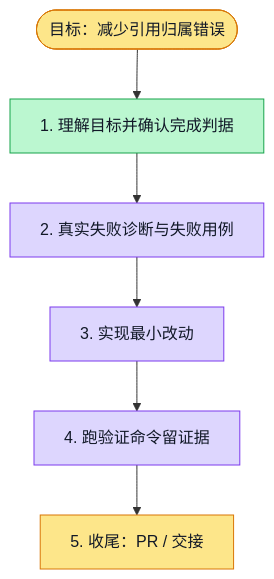
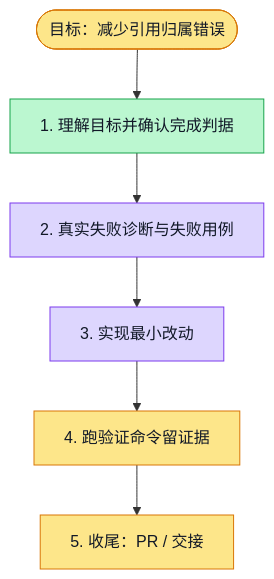
The diagram in docs/verification/research-5133/execution-plan.md (boardx/workspacex), drawn with Mermaid before and after one commit. The commit also changed 7 other files, not shown here.

Commit message:
fix(research): use existing structured JSON codec for quote references

````diff
--- a/docs/verification/research-5133/execution-plan.md
+++ b/docs/verification/research-5133/execution-plan.md
@@ -17,27 +17,26 @@
 ```mermaid
 flowchart TD
   G([目标：减少引用归属错误])
   S1[1. 理解目标并确认完成判据]
   S2[2. 真实失败诊断与失败用例]
   S3[3. 实现最小改动]
   S4[4. 跑验证命令留证据]
   S5[5. 收尾：PR / 交接]
 
   G --> S1 --> S2 --> S3 --> S4 --> S5
 
   classDef todo fill:#e5e7eb,stroke:#6b7280,color:#111827
   classDef doing fill:#fde68a,stroke:#d97706,color:#111827
   classDef done fill:#bbf7d0,stroke:#16a34a,color:#111827
   classDef tested fill:#ddd6fe,stroke:#7c3aed,color:#111827
   classDef blocked fill:#fecaca,stroke:#dc2626,color:#111827
 
   class G doing
   class S1 done
   class S2 tested
   %% evidence S2: /private/tmp/research-5133-red.log: 2 expected failures; /private/tmp/research-5133-regression.log: 106 PASS
   class S3 tested
-  %% evidence S3: research-suite-summary.log: 34 files 423 PASS; typecheck.log: exit 0; real-model-result.json: 22 matches 2 calls
-  class S4 tested
-  %% evidence S4: review.md: ACCEPT fa80bd496; browser regression pending S5; 423 tests and real evidence extraction passed
+  %% evidence S3: fence-red.log: 2 expected failures; fence-research-suite-summary.log: 430 PASS; captured-production-replay.log: both captured responses validate 4 blocks/13matches
+  class S4 doing
   class S5 doing
 ```
````
